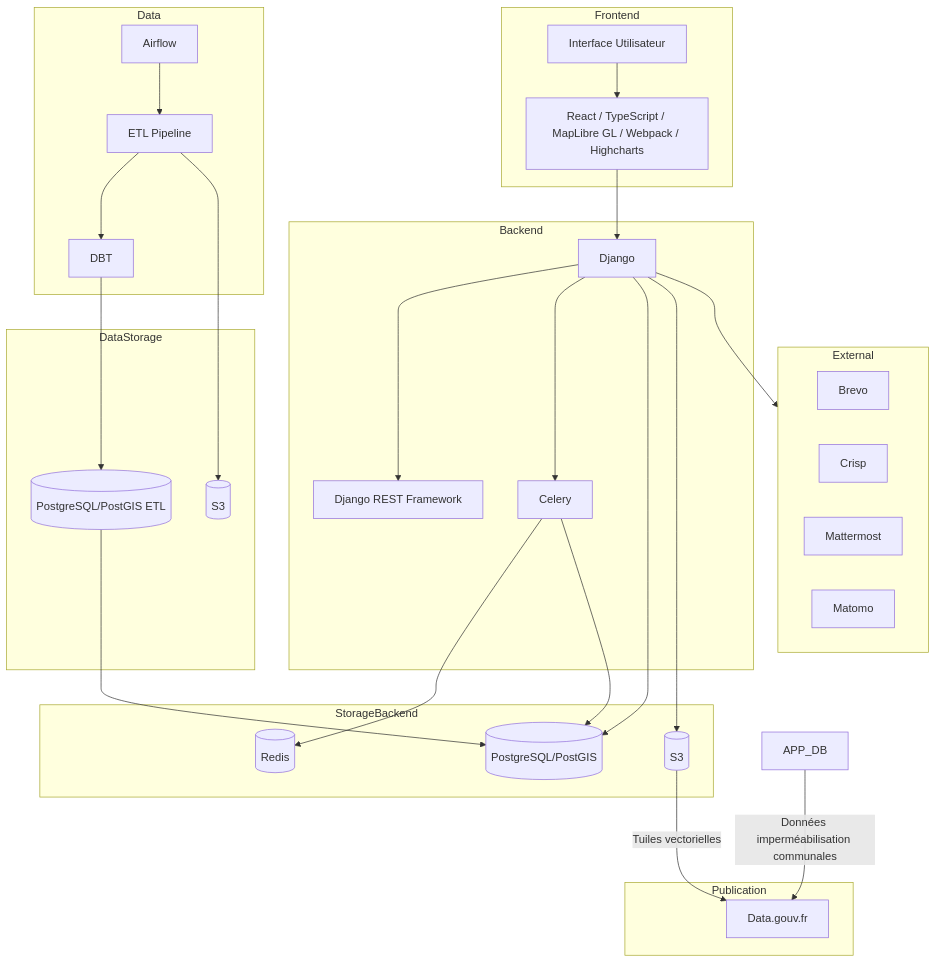
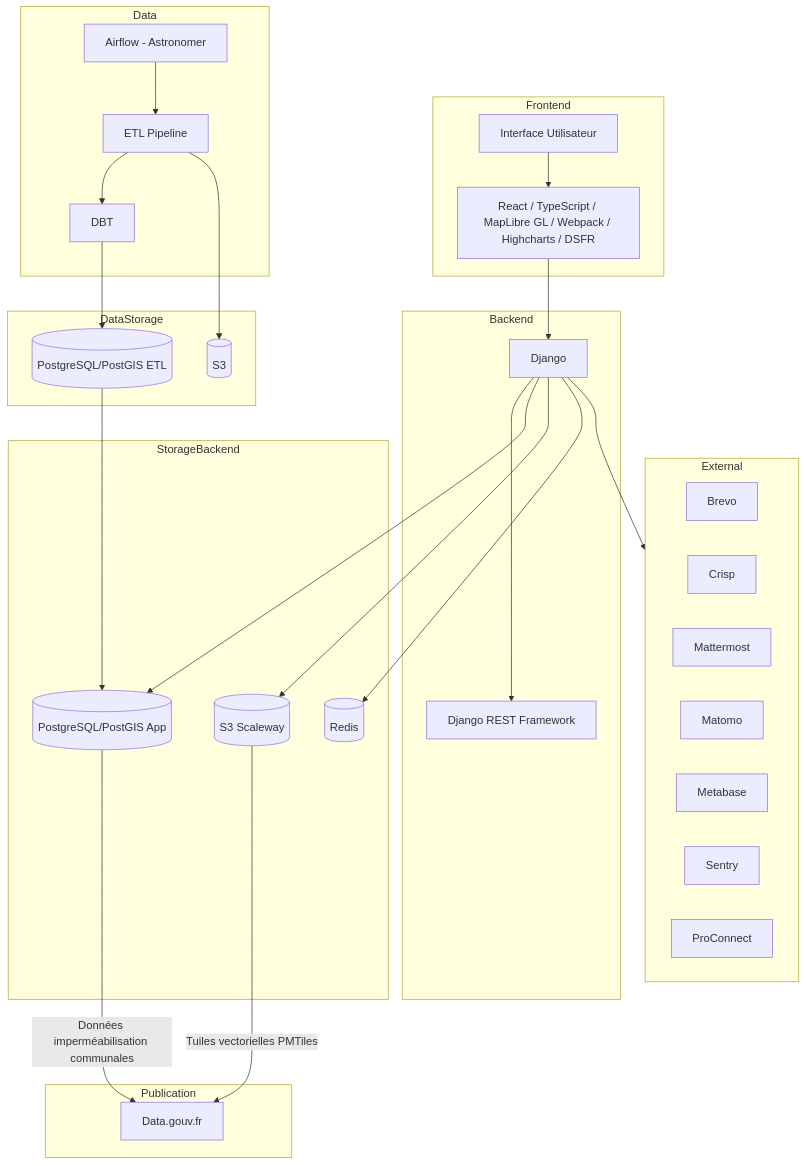
One commit to MTES-MCT/sparte changed the first of 3 diagrams in docs/dat.md. Above: the diagram before and after it, drawn with Mermaid. The commit also changed other lines of this file and 2 other files, not shown here.

````diff
--- a/docs/dat.md
+++ b/docs/dat.md
@@ -6,59 +6,59 @@
 ```mermaid
 graph TB
     subgraph Frontend
         UI[Interface Utilisateur]
-        LIBS[React / TypeScript / MapLibre GL / Webpack / Highcharts]
+        LIBS[React / TypeScript / MapLibre GL / Webpack / Highcharts / DSFR]
     end
 
     subgraph Backend
         DJ[Django]
         DRF[Django REST Framework]
-        CEL[Celery]
     end
 
     subgraph Data
-        AF[Airflow]
+        AF[Airflow - Astronomer]
         DBT[DBT]
         ETL[ETL Pipeline]
     end
 
     subgraph StorageBackend
-        PG[(PostgreSQL/PostGIS)]
-        S3[(S3)]
+        PG[(PostgreSQL/PostGIS App)]
+        S3[(S3 Scaleway)]
         RD[(Redis)]
     end
 
     subgraph DataStorage
         PGD[(PostgreSQL/PostGIS ETL)]
         S3D[(S3)]
     end
 
     subgraph External
         SIB[Brevo]
         CR[Crisp]
         MT[Mattermost]
         MO[Matomo]
+        MB[Metabase]
+        SN[Sentry]
+        PC[ProConnect]
     end
 
     subgraph Publication
         DG[Data.gouv.fr]
     end
 
     UI --> LIBS
     LIBS --> DJ
     DJ --> DRF
-    DJ --> CEL
-    CEL --> RD
     DJ --> PG
     DJ --> S3
-    CEL --> PG
+    DJ --> RD
     DJ --> External
-    
+
     AF --> ETL
     ETL --> DBT
     DBT --> PGD
     ETL --> S3D
     PGD --> PG
-    S3 --> |Tuiles vectorielles| DG
-    APP_DB --> |Données imperméabilisation communales| DG
+    S3 --> |Tuiles vectorielles PMTiles| DG
+    PG --> |Données imperméabilisation communales| DG
 ```
````
